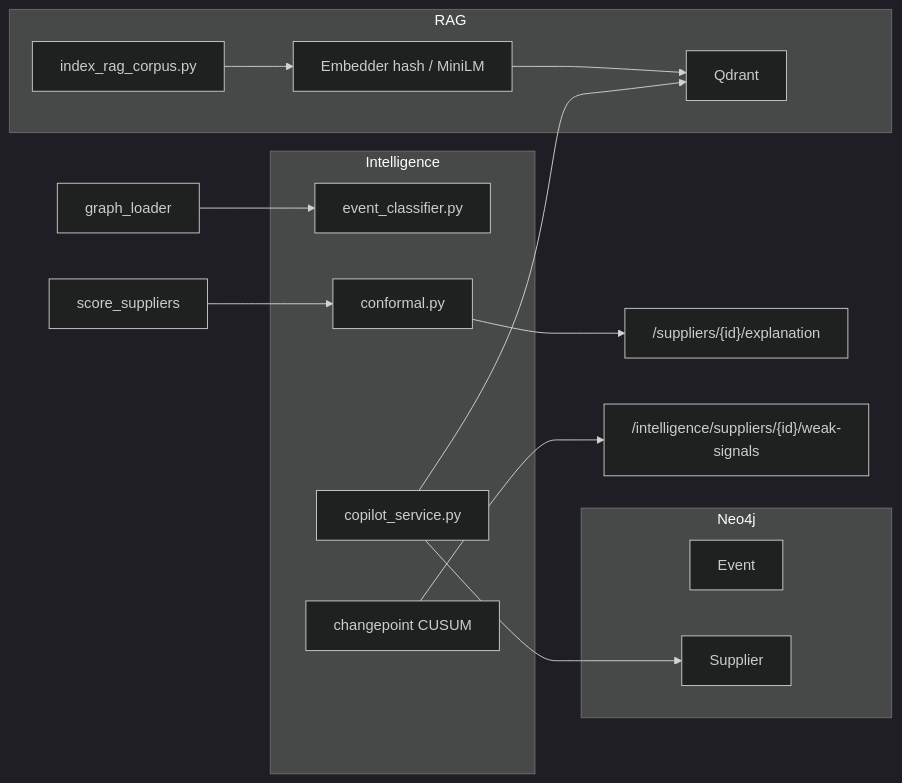
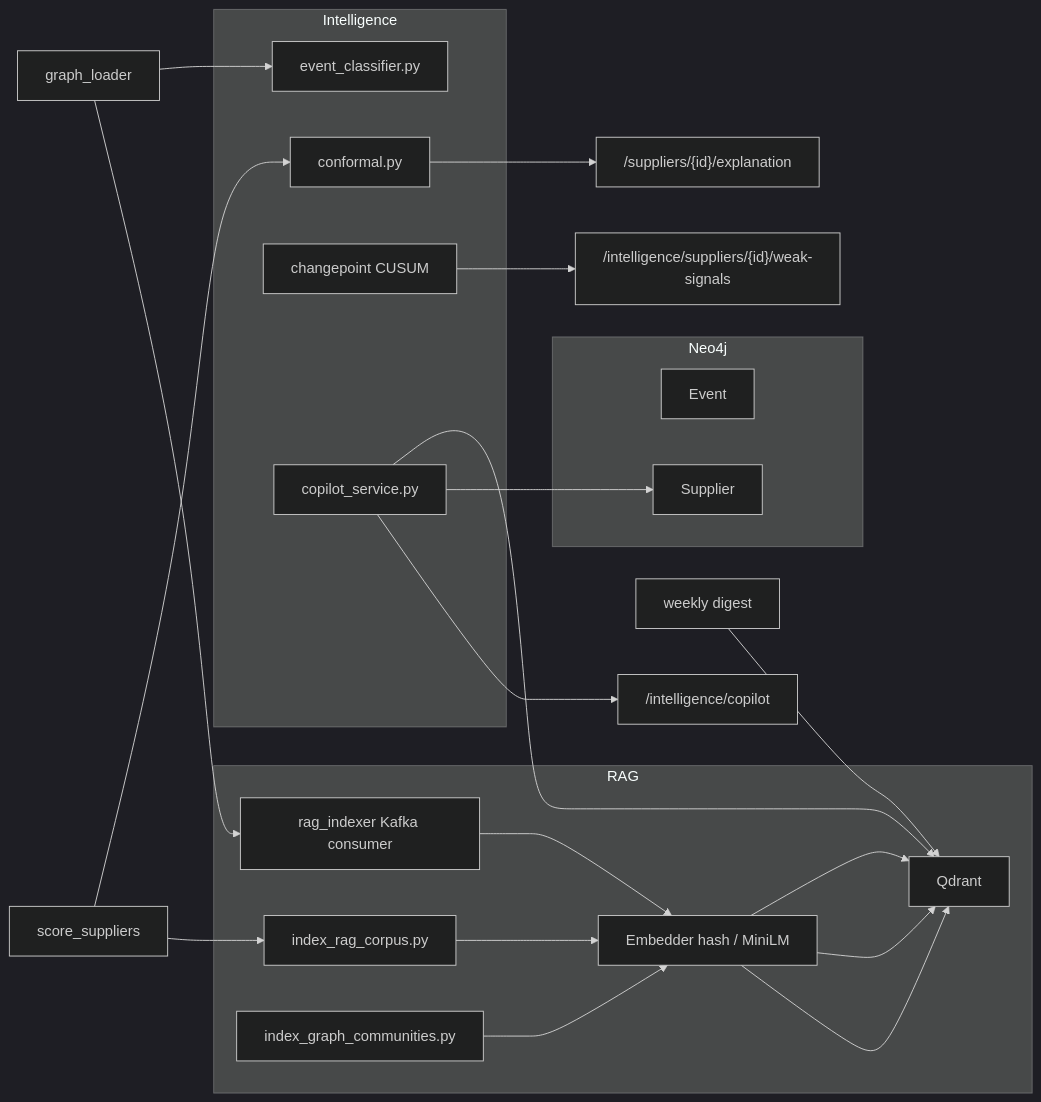
The diagram in docs/REAL_DATA_PHASE_B.md (askmy-stack/meridian), drawn with Mermaid (dark theme) before and after one commit. The commit also changed other lines of this file and 17 other files, not shown here.

First line of the commit message:
feat(rag): Phases 1-6 — corpus expansion, digest RAG, Kafka indexer, GraphRAG

````diff
--- a/docs/REAL_DATA_PHASE_B.md
+++ b/docs/REAL_DATA_PHASE_B.md
@@ -9,25 +9,33 @@
 ```mermaid
 flowchart LR
     subgraph rag [RAG]
         QD[Qdrant]
         EM[Embedder hash / MiniLM]
         IX[index_rag_corpus.py]
+        KI[rag_indexer Kafka consumer]
+        GC[index_graph_communities.py]
     end
     subgraph intel [Intelligence]
         EC[event_classifier.py]
         CF[conformal.py]
         CP[changepoint CUSUM]
         COP[copilot_service.py]
     end
     subgraph graph [Neo4j]
         E[Event]
         S[Supplier]
     end
     IX --> EM --> QD
+    KI --> EM --> QD
+    GC --> EM --> QD
     COP --> QD
     COP --> S
     GL[graph_loader] --> EC
+    GL --> KI
     SS[score_suppliers] --> CF
+    SS --> IX
     CF --> API["/suppliers/{id}/explanation"]
     CP --> API2["/intelligence/suppliers/{id}/weak-signals"]
+    COP --> API3["/intelligence/copilot"]
+    DIG[weekly digest] --> QD
 ```
````
